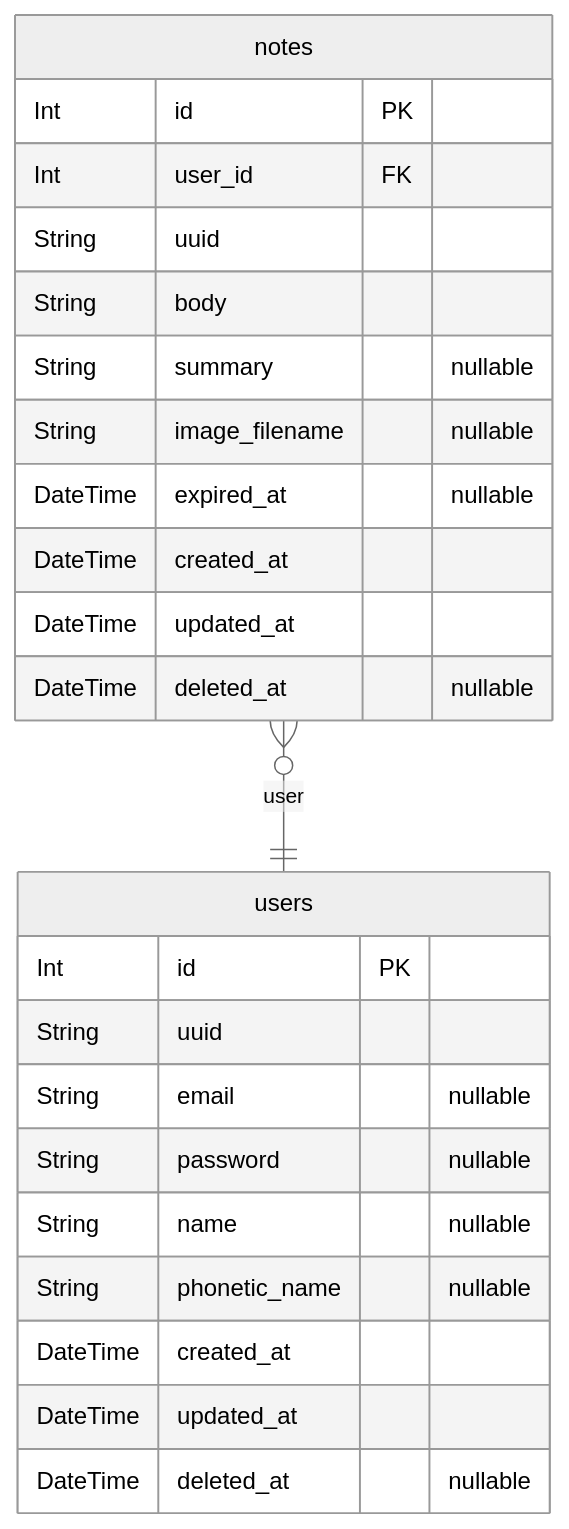
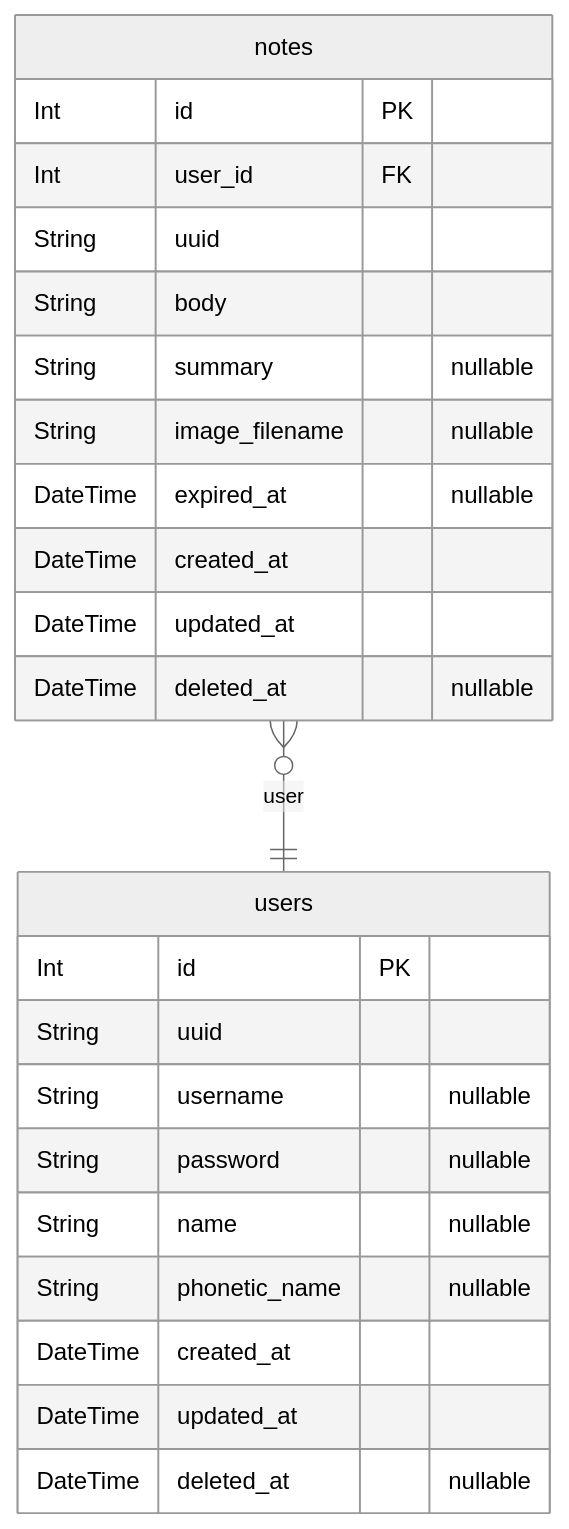
The first of 2 diagrams in doc/SCHEMA.md (a10adotapp/ephemeral.a10a.app), drawn with Mermaid (neutral theme) before and after one commit. The commit also changed other lines of this file and 19 other files, not shown here.

````diff
--- a/doc/SCHEMA.md
+++ b/doc/SCHEMA.md
@@ -8,27 +8,27 @@
 ```mermaid
 erDiagram
 "notes" {
   Int id PK
   Int user_id FK
   String uuid
   String body
   String summary "nullable"
   String image_filename "nullable"
   DateTime expired_at "nullable"
   DateTime created_at
   DateTime updated_at
   DateTime deleted_at "nullable"
 }
 "users" {
   Int id PK
   String uuid
-  String email "nullable"
+  String username "nullable"
   String password "nullable"
   String name "nullable"
   String phonetic_name "nullable"
   DateTime created_at
   DateTime updated_at
   DateTime deleted_at "nullable"
 }
 "notes" }o--|| "users" : user
 ```
````
